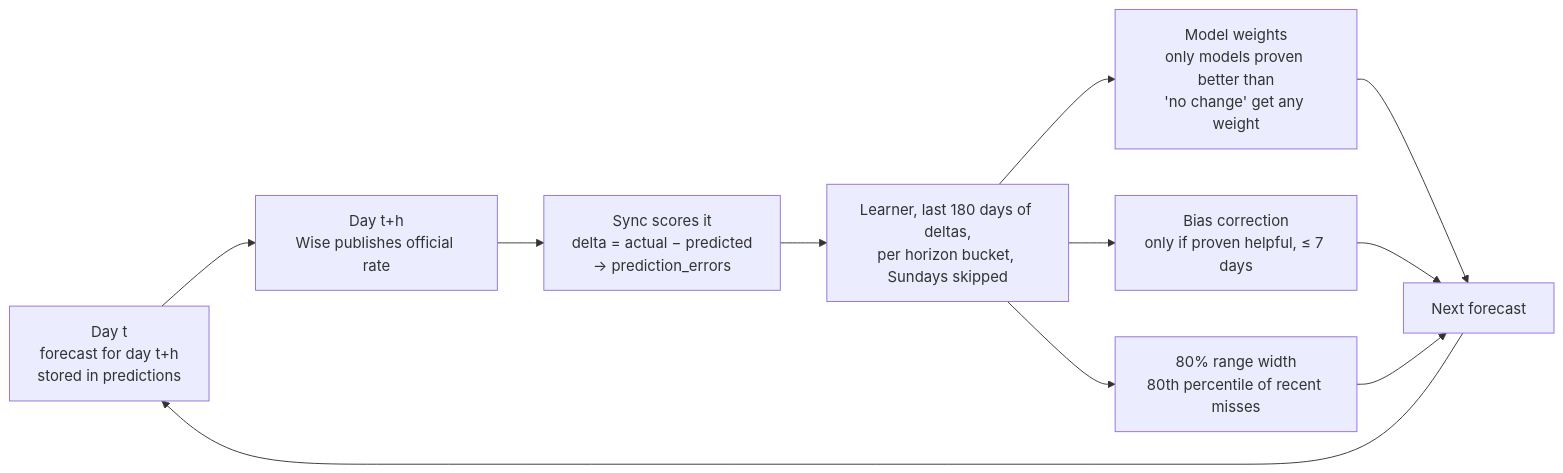
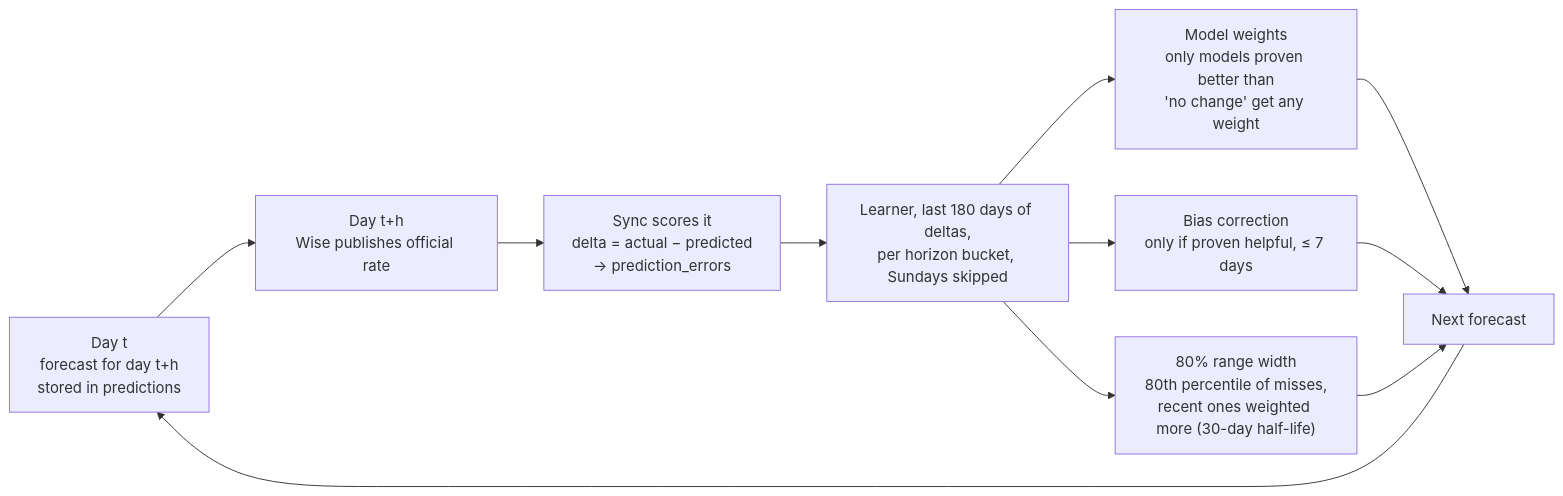
One commit to osandadeshan/ratecast changed the sixth of 7 diagrams in README.md. Above: the diagram before and after it, drawn with Mermaid. The commit also changed other lines of this file and 7 other files, not shown here.

Commit message:
Docs: Phase 4 and audit state in README, ARCHITECTURE, CONTEXT, CLAUDE, rules and skills (dollar index, arima, band recency, BLS display-only events, version backtest and learning log, npm run backtest, live quote is Wise's own)

````diff
--- a/README.md
+++ b/README.md
@@ -290,13 +292,13 @@
 ```mermaid
 flowchart LR
     A["Day t<br/>forecast for day t+h<br/>stored in predictions"] --> B["Day t+h<br/>Wise publishes official rate"]
     B --> C["Sync scores it<br/>delta = actual − predicted<br/>→ prediction_errors"]
     C --> D["Learner, last 180 days of deltas,<br/>per horizon bucket, Sundays skipped"]
     D --> D1["Model weights<br/>only models proven better than<br/>'no change' get any weight"]
     D --> D2["Bias correction<br/>only if proven helpful, ≤ 7 days"]
-    D --> D3["80% range width<br/>80th percentile of recent misses"]
+    D --> D3["80% range width<br/>80th percentile of misses,<br/>recent ones weighted more (30-day half-life)"]
     D1 --> N["Next forecast"]
     D2 --> N
     D3 --> N
     N --> A
 ```
````
